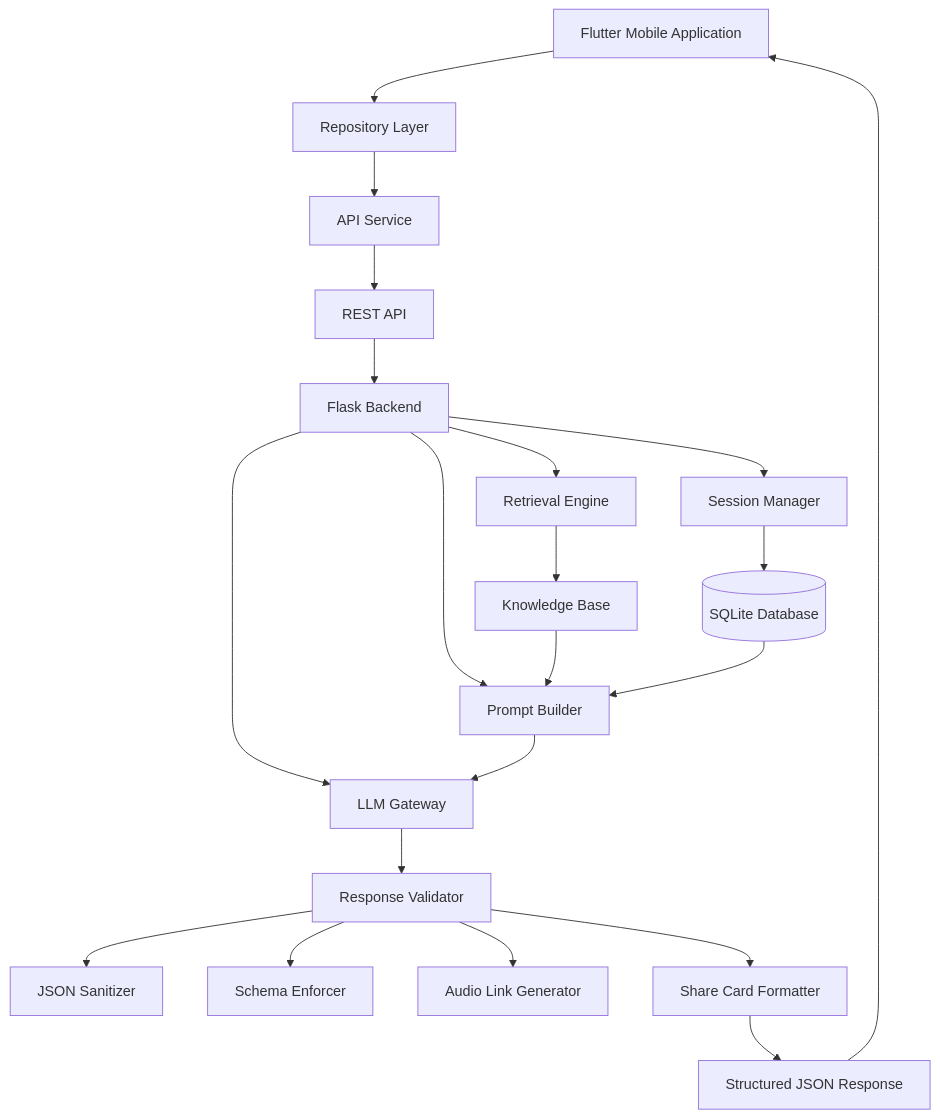
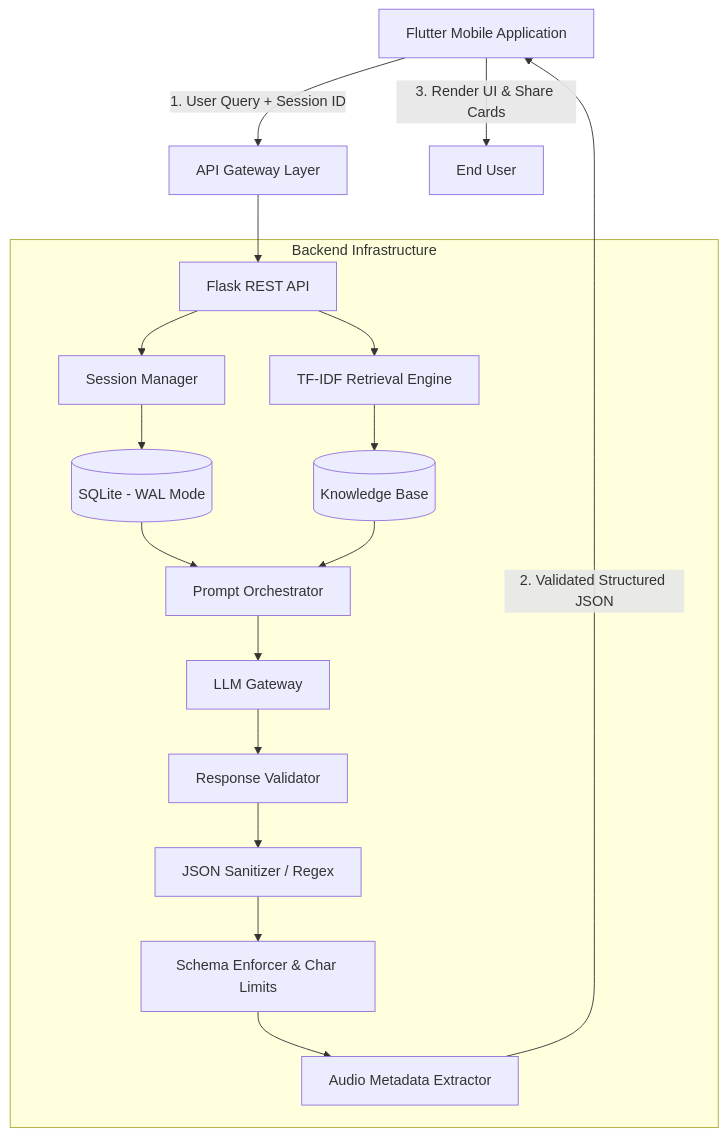
Before and after one commit to amirkhodaei1/smart_chat_bot: the diagram in README.md, drawn with Mermaid.

````diff
--- a/README.md
+++ b/README.md
@@ -48,30 +48,26 @@
 ```mermaid
 flowchart TD
 
-A[Flutter Mobile Application] --> B[Repository Layer]
-B --> C[API Service]
-C --> D[REST API]
+A[Flutter Mobile Application] -->|1. User Query + Session ID| B[API Gateway Layer]
+B --> C[Flask REST API]
 
-D --> E[Flask Backend]
+subgraph Backend_Infrastructure [Backend Infrastructure]
+    C --> D[Session Manager]
+    C --> E[TF-IDF Retrieval Engine]
+    
+    D --> F[(SQLite - WAL Mode)]
+    E --> G[(Knowledge Base)]
+    
+    F --> H[Prompt Orchestrator]
+    G --> H
+    H --> I[LLM Gateway]
+    
+    I --> J[Response Validator]
+    J --> K[JSON Sanitizer / Regex]
+    K --> L[Schema Enforcer & Char Limits]
+    L --> M[Audio Metadata Extractor]
+end
 
-E --> F[Session Manager]
-E --> G[Retrieval Engine]
-E --> H[Prompt Builder]
-E --> I[LLM Gateway]
-
-G --> J[Knowledge Base]
-F --> K[(SQLite Database)]
-
-J & K --> H
-H --> I
-
-I --> L[Response Validator]
-
-L --> M[JSON Sanitizer]
-L --> N[Schema Enforcer]
-L --> O[Audio Link Generator]
-L --> P[Share Card Formatter]
-
-P --> Q[Structured JSON Response]
-Q --> A
+M -->|2. Validated Structured JSON| A
+A -->|3. Render UI & Share Cards| N[End User]
 ```
````
